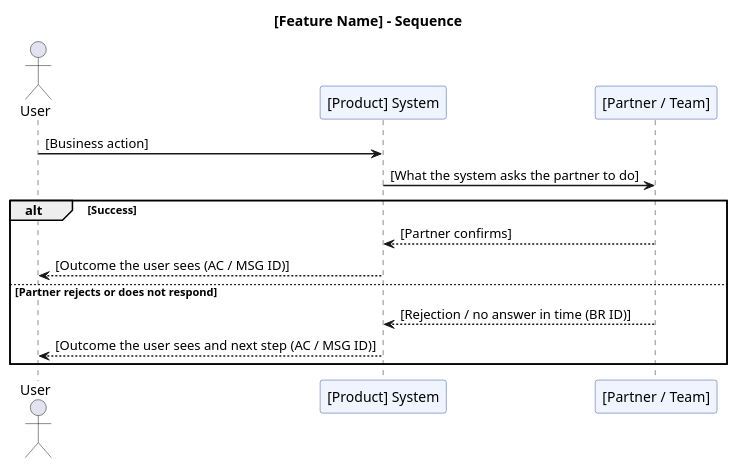
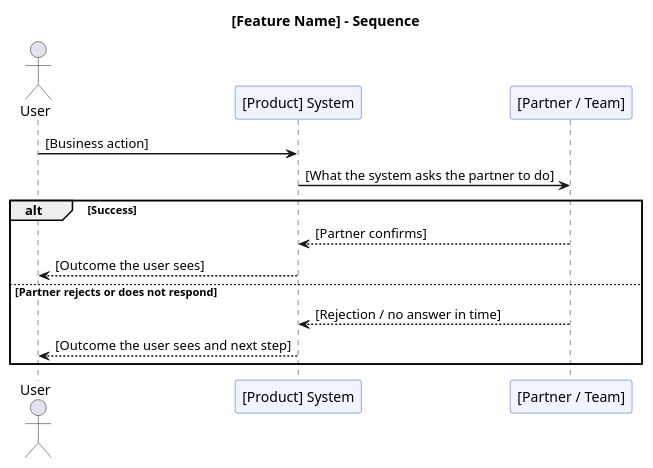
One commit to Tuon-Tun/PRD_Vexere changed the second of 2 diagrams in knowledge-base/prd-template/diagram-writer/SKILL.md. Above: the diagram before and after it, drawn with PlantUML. The commit also changed other lines of this file and 18 other files, not shown here.

````diff
--- a/knowledge-base/prd-template/diagram-writer/SKILL.md
+++ b/knowledge-base/prd-template/diagram-writer/SKILL.md
@@ -205,25 +206,25 @@
 ```plantuml
 @startuml
 skinparam SequenceArrowThickness 1.5
 skinparam ParticipantBackgroundColor #f0f4ff
 skinparam ParticipantBorderColor #3355aa
 
 title [Feature Name] - Sequence
 
 actor User
 participant "[Product] System" as System
 participant "[Partner / Team]" as Partner
 
 User -> System: [Business action]
 System -> Partner: [What the system asks the partner to do]
 
 alt Success
   Partner --> System: [Partner confirms]
-  System --> User: [Outcome the user sees (AC / MSG ID)]
-' Optional: keep this branch only if a BR or AC defines the outcome
+  System --> User: [Outcome the user sees]
+' Optional: keep this branch only if a rule or acceptance criterion defines the outcome
 else Partner rejects or does not respond
-  Partner --> System: [Rejection / no answer in time (BR ID)]
-  System --> User: [Outcome the user sees and next step (AC / MSG ID)]
+  Partner --> System: [Rejection / no answer in time]
+  System --> User: [Outcome the user sees and next step]
 end
 @enduml
 ```
````
